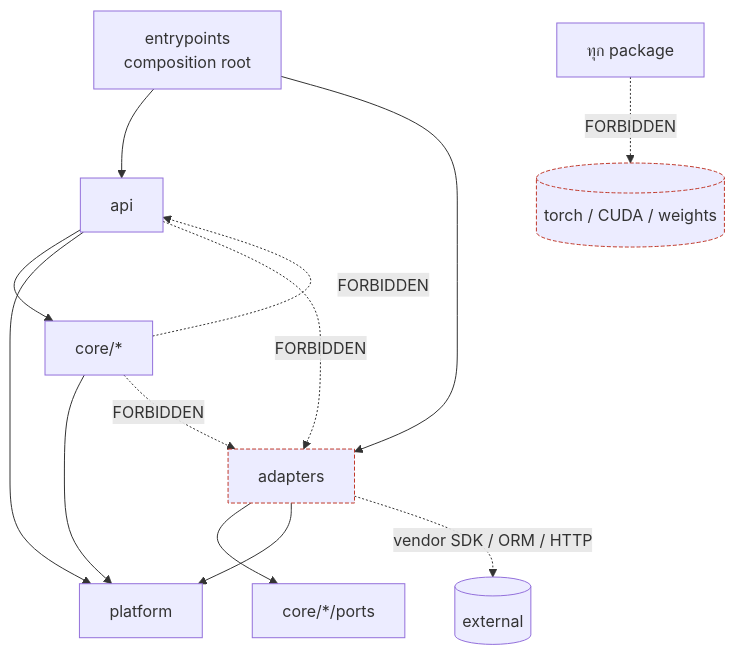
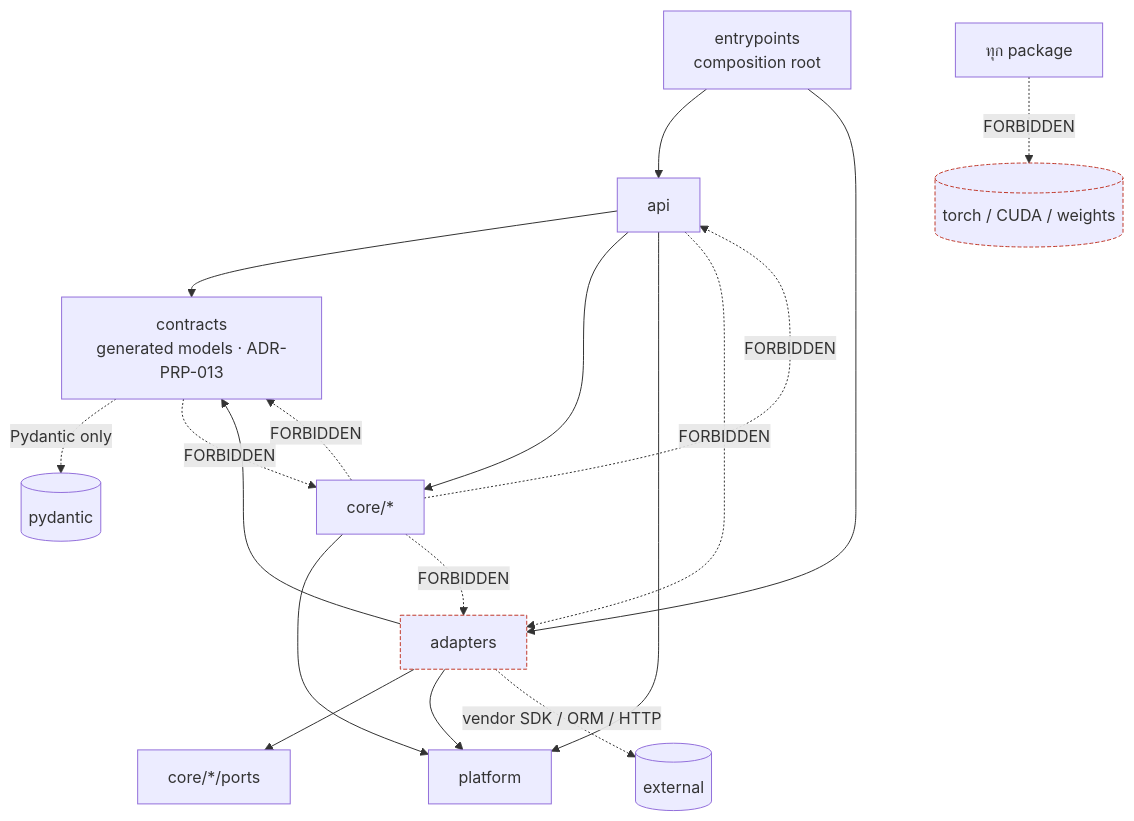
Before and after one commit to Freshair129/Private-Runtime-Platform: the first of 3 diagrams in docs/SDD-PRP-REPO.md, drawn with Mermaid. The commit also changed other lines of this file and 3 other files, not shown here.

First line of the commit message:
docs(sdd): reflect generated contract models, prp.contracts layer and conformance gate in SDD-PRP-REPO (ADR-PRP-013 item 5)

````diff
--- a/docs/SDD-PRP-REPO.md
+++ b/docs/SDD-PRP-REPO.md
@@ -173,17 +181,22 @@
 ```mermaid
 flowchart TB
     EP[entrypoints<br/>composition root] --> API[api]
     EP --> AD[adapters]
+    API --> CT[contracts<br/>generated models · ADR-PRP-013]
+    AD --> CT
     API --> CORE[core/*]
     AD --> PORTS[core/*/ports]
     CORE --> PF[platform]
     AD --> PF
     API --> PF
+    CT -. Pydantic only .-> PYD[(pydantic)]
     AD -. vendor SDK / ORM / HTTP .-> EXT[(external)]
     classDef forbid stroke:#c0392b,stroke-dasharray:4 2
     CORE -. FORBIDDEN .-> AD
     CORE -. FORBIDDEN .-> API
+    CORE -. FORBIDDEN .-> CT
+    CT -. FORBIDDEN .-> CORE
     API -. FORBIDDEN .-> AD
     ALL[ทุก package] -. FORBIDDEN .-> ML[(torch / CUDA / weights)]
     class ML,AD forbid
 ```
````
